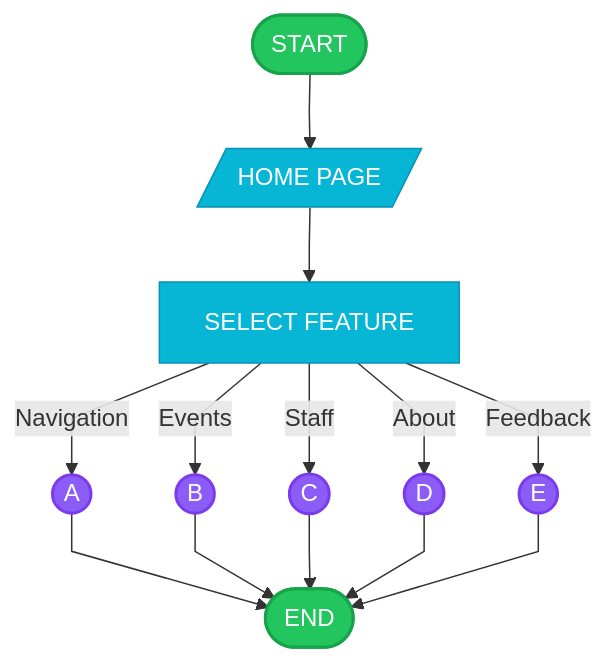
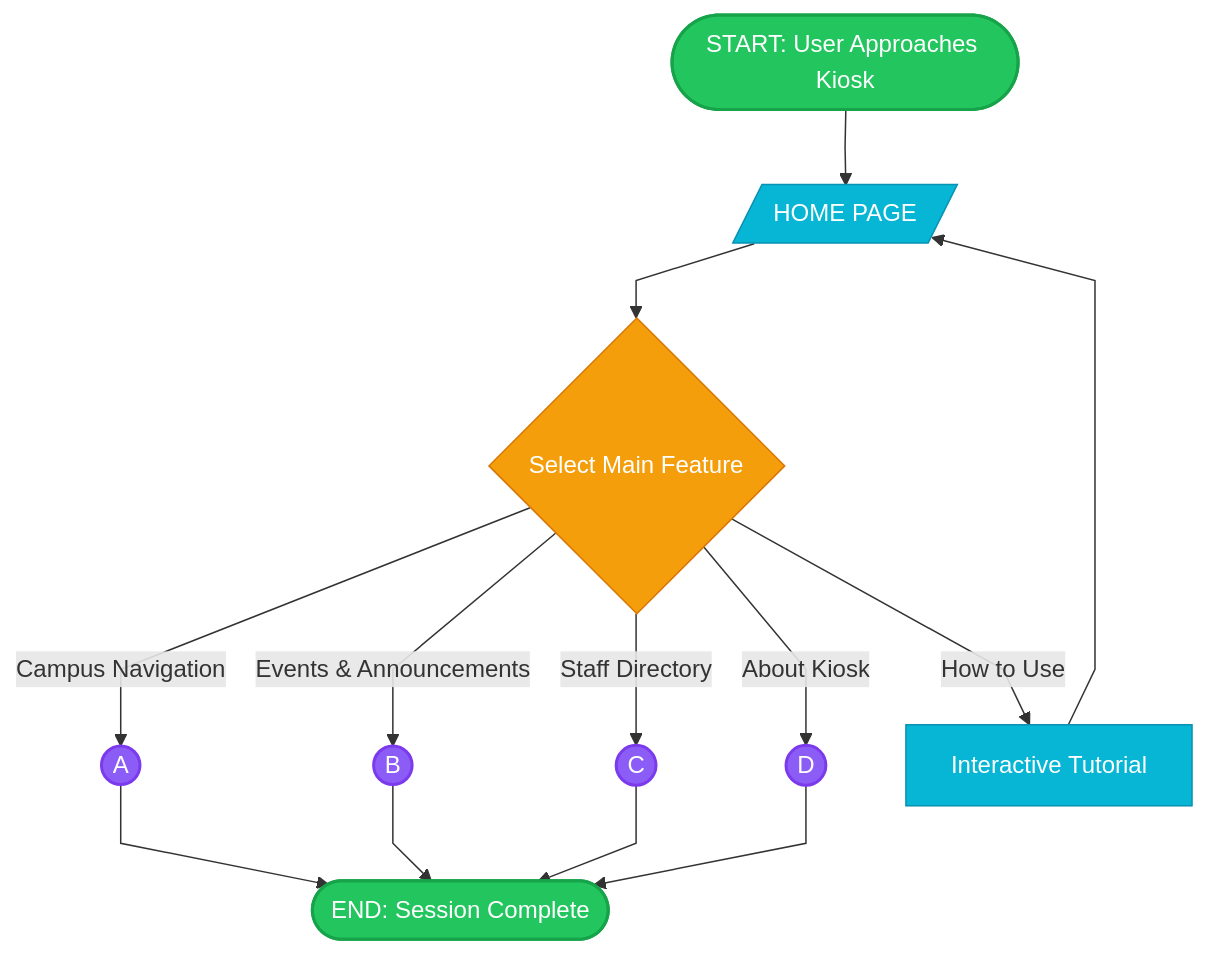
The first of 6 diagrams in iCCAT-Academic-Flowcharts-Printable.md (Yui1003/iCCAT), drawn with Mermaid before and after one commit. The commit also changed other lines of this file, not shown here.

First line of the commit message:
Add comprehensive academic flowcharts to the kiosk documentation

````diff
--- a/iCCAT-Academic-Flowcharts-Printable.md
+++ b/iCCAT-Academic-Flowcharts-Printable.md
@@ -11,25 +11,28 @@
 ```mermaid
 %%{init: {'flowchart': {'curve': 'linear', 'nodeSpacing': 50, 'rankSpacing': 50}}}%%
 flowchart TB
     classDef startEnd fill:#22c55e,stroke:#16a34a,color:#fff,stroke-width:2px
     classDef connector fill:#8b5cf6,stroke:#7c3aed,color:#fff,stroke-width:2px
     classDef display fill:#06b6d4,stroke:#0891b2,color:#fff
+    classDef decision fill:#f59e0b,stroke:#d97706,color:#fff
     
-    START([START]) --> HOME[/HOME PAGE/]
-    HOME --> MENU[SELECT FEATURE]
-    MENU -->|Navigation| CONN_A((A))
-    MENU -->|Events| CONN_B((B))
-    MENU -->|Staff| CONN_C((C))
-    MENU -->|About| CONN_D((D))
-    MENU -->|Feedback| CONN_E((E))
+    START([START: User Approaches Kiosk]) --> HOME[/HOME PAGE/]
+    HOME --> ACTION{Select Main Feature}
     
-    CONN_A --> END([END])
-    CONN_B --> END
-    CONN_C --> END
-    CONN_D --> END
-    CONN_E --> END
+    ACTION -->|Campus Navigation| NAV((A))
+    ACTION -->|Events & Announcements| EVT((B))
+    ACTION -->|Staff Directory| STF((C))
+    ACTION -->|About Kiosk| ABT((D))
+    ACTION -->|How to Use| TTR[Interactive Tutorial]
+    
+    TTR --> HOME
+    NAV --> END([END: Session Complete])
+    EVT --> END
+    STF --> END
+    ABT --> END
 
     class START,END startEnd
-    class CONN_A,CONN_B,CONN_C,CONN_D,CONN_E connector
-    class HOME,MENU display
+    class NAV,EVT,STF,ABT connector
+    class HOME,TTR display
+    class ACTION decision
 ```
````
